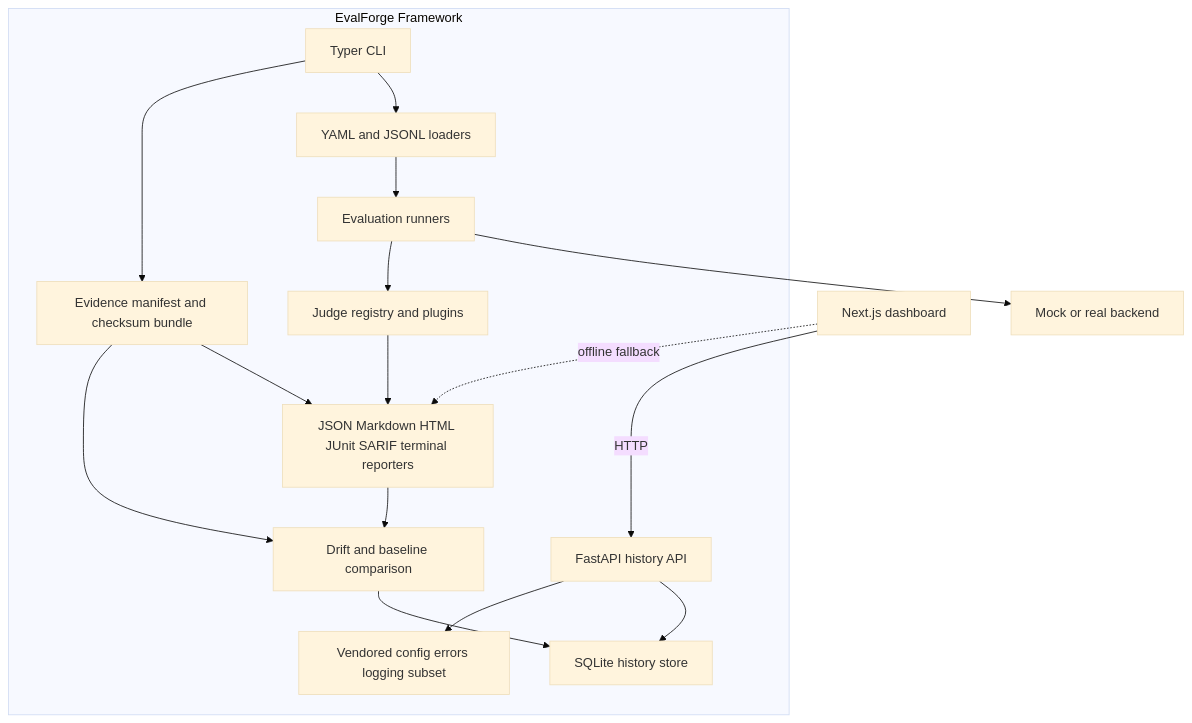
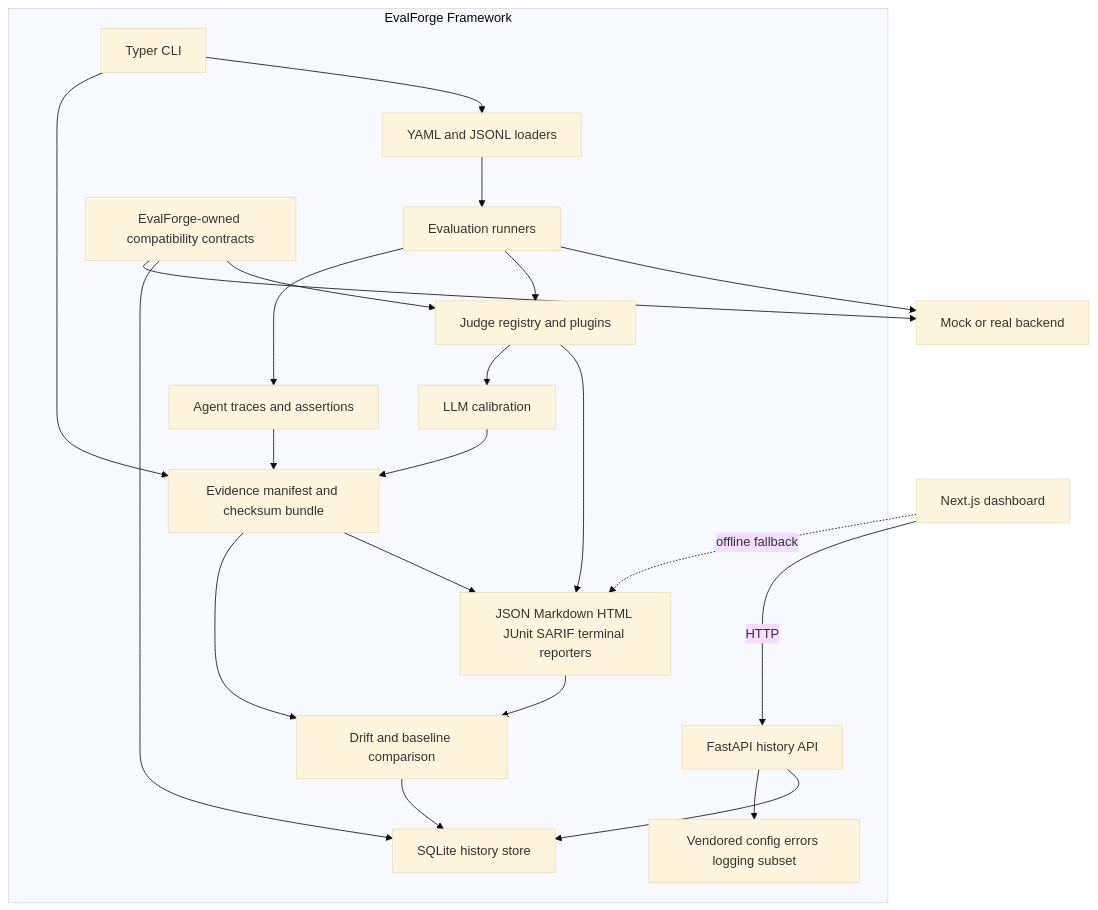
The second of 3 diagrams in docs/architecture/c4.md (FishRaposo/evalforge), drawn with Mermaid (base theme) before and after one commit. The commit also changed other lines of this file and 56 other files, not shown here.

Commit message:
Expand EvalForge calibration traces and compatibility contracts

````diff
--- a/docs/architecture/c4.md
+++ b/docs/architecture/c4.md
@@ -19,33 +19,43 @@
 ```mermaid
 graph TB
     subgraph EvalForge[EvalForge Framework]
         CLI[Typer CLI]
         Loader[YAML and JSONL loaders]
         Runner[Evaluation runners]
         Judges[Judge registry and plugins]
+        Calibration[LLM calibration]
+        Traces[Agent traces and assertions]
+        Core[EvalForge-owned compatibility contracts]
         Reports[JSON Markdown HTML JUnit SARIF terminal reporters]
         Drift[Drift and baseline comparison]
         Evidence[Evidence manifest and checksum bundle]
         History[SQLite history store]
         API[FastAPI history API]
         Shared[Vendored config errors logging subset]
     end
 
     Backend[Mock or real backend]
     Dashboard[Next.js dashboard]
 
     CLI --> Loader
     Loader --> Runner
     Runner --> Backend
     Runner --> Judges
+    Runner --> Traces
     Judges --> Reports
+    Judges --> Calibration
     Reports --> Drift
     Drift --> History
     CLI --> Evidence
     Evidence --> Reports
     Evidence --> Drift
+    Calibration --> Evidence
+    Traces --> Evidence
+    Core --> Judges
+    Core --> History
+    Core --> Backend
     API --> History
     API --> Shared
     Dashboard -->|HTTP| API
     Dashboard -.->|offline fallback| Reports
 ```
````
